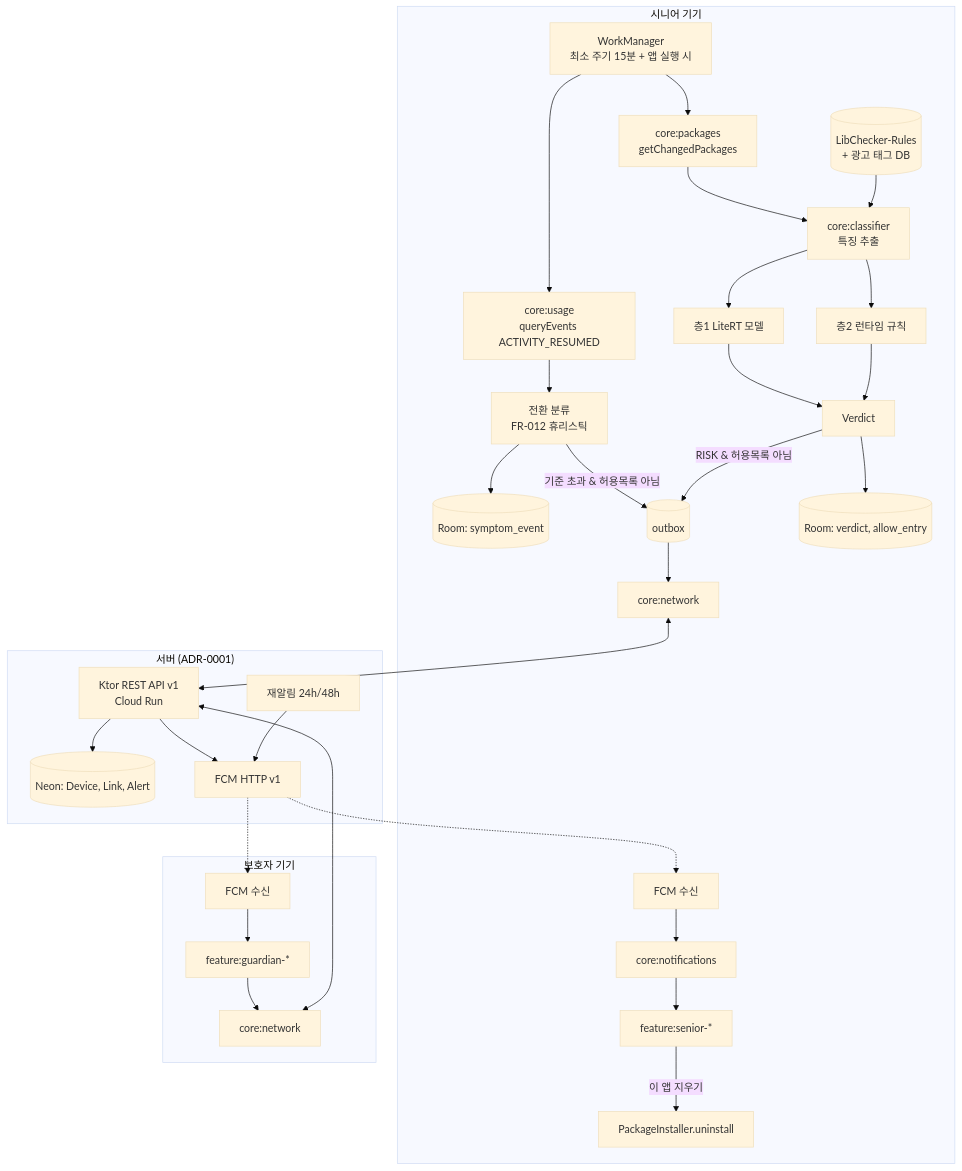
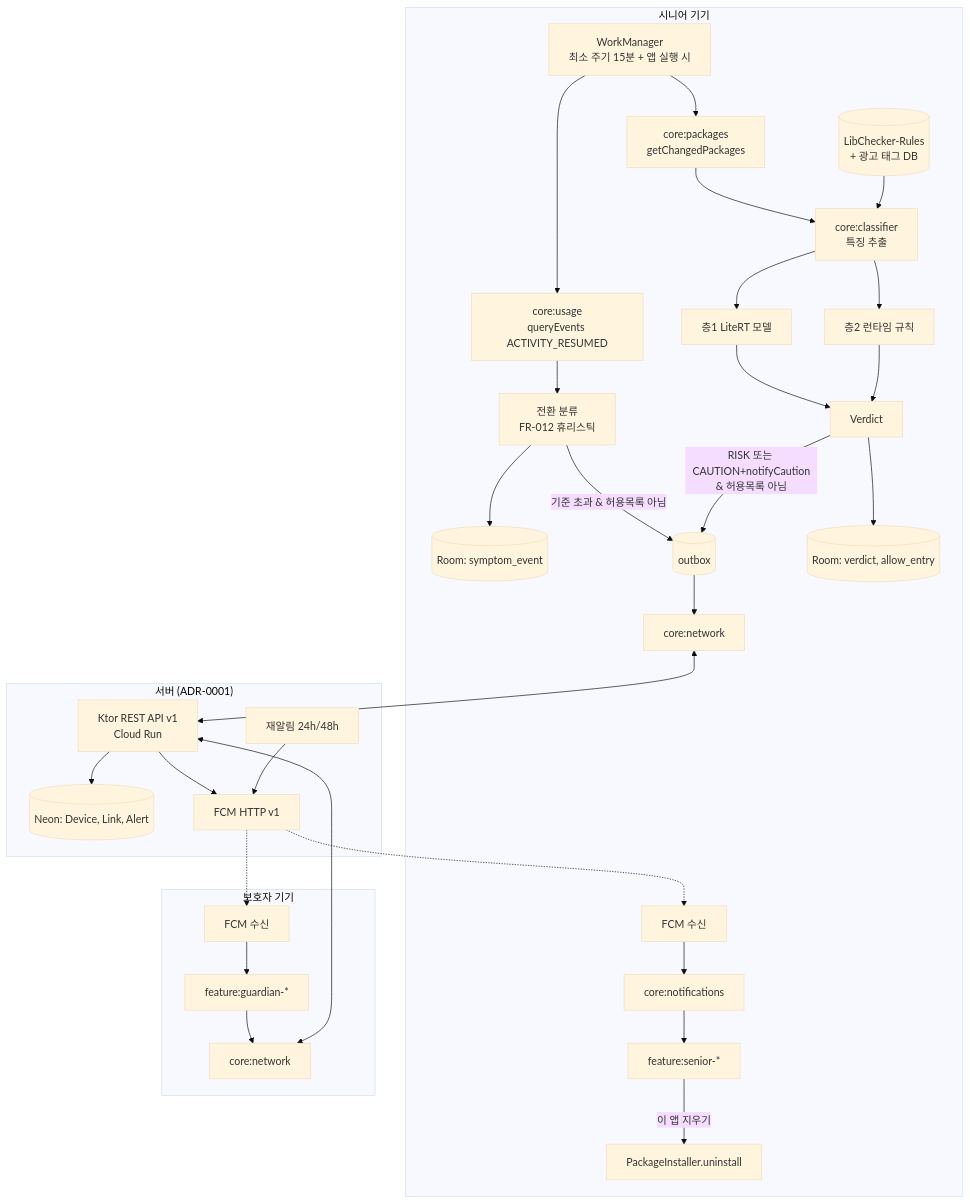
The diagram in specs/001-mvp/plan.md (inq-o/phonedoctor), drawn with Mermaid (base theme) before and after one commit. The commit also changed other lines of this file and 4 other files, not shown here.

````diff
--- a/specs/001-mvp/plan.md
+++ b/specs/001-mvp/plan.md
@@ -41,34 +41,34 @@
 ```mermaid
 flowchart TB
     subgraph Device["시니어 기기"]
         WM[WorkManager<br/>최소 주기 15분 + 앱 실행 시] --> US[core:usage<br/>queryEvents ACTIVITY_RESUMED]
         US --> SY[전환 분류<br/>FR-012 휴리스틱]
         SY --> SE[(Room: symptom_event)]
         SY -->|기준 초과 & 허용목록 아님| OB
         WM --> CH[core:packages<br/>getChangedPackages]
         CH --> FX[core:classifier<br/>특징 추출]
         RULES[(LibChecker-Rules<br/>+ 광고 태그 DB)] --> FX
         FX --> M1[층1 LiteRT 모델]
         FX --> M2[층2 런타임 규칙]
         M1 & M2 --> V[Verdict]
         V --> DB[(Room: verdict, allow_entry)]
-        V -->|RISK & 허용목록 아님| OB[(outbox)]
+        V -->|RISK 또는 CAUTION+notifyCaution<br/>& 허용목록 아님| OB[(outbox)]
         OB --> NET[core:network]
         FCMR[FCM 수신] --> NOTI[core:notifications]
         NOTI --> UI[feature:senior-*]
         UI -->|이 앱 지우기| PI[PackageInstaller.uninstall]
     end
     subgraph Server["서버 (ADR-0001)"]
         API[Ktor REST API v1<br/>Cloud Run] --> STORE[(Neon: Device, Link, Alert)]
         API --> FCM[FCM HTTP v1]
         CRON[재알림 24h/48h] --> FCM
     end
     subgraph Guardian["보호자 기기"]
         GN[FCM 수신] --> GUI[feature:guardian-*]
         GUI --> GNET[core:network]
     end
     NET <--> API
     GNET <--> API
     FCM -.-> FCMR
     FCM -.-> GN
 ```
````
